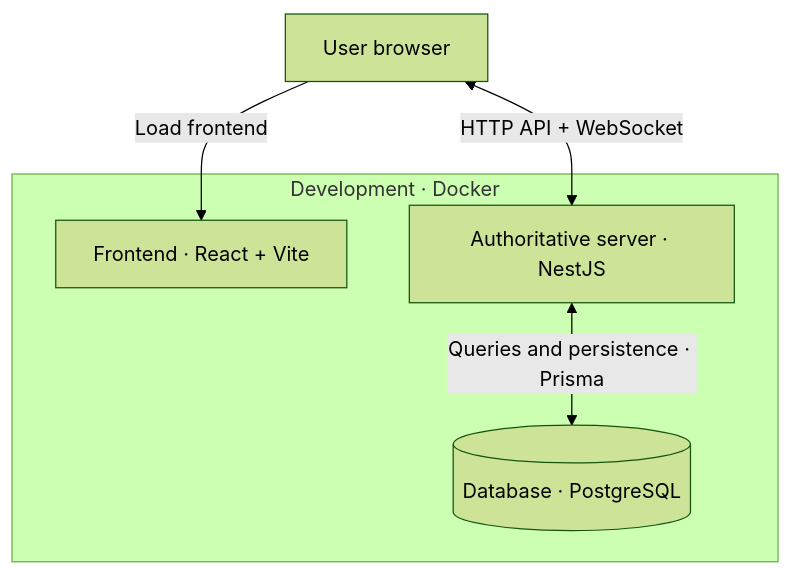
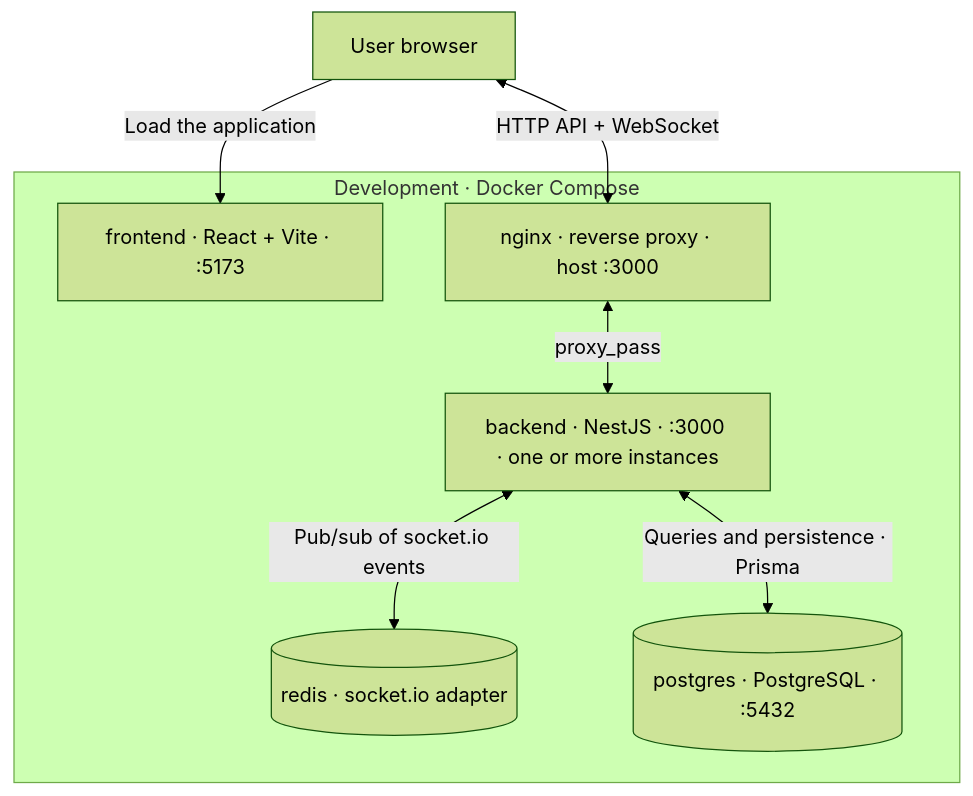
One commit to gorlamies/salici changed the diagram in docs/infrastructure.md. Above: the diagram before and after it, drawn with Mermaid (forest theme). The commit also changed other lines of this file and 7 other files, not shown here.

Commit message:
docs: document setup, infrastructure, API, realtime events, game lifecycle and database

````diff
--- a/docs/infrastructure.md
+++ b/docs/infrastructure.md
@@ -10,14 +10,18 @@
 ```mermaid
 flowchart TD
     Browser["User browser"]
 
-    subgraph Docker["Development · Docker"]
-        Frontend["Frontend · React + Vite"]
-        Backend["Authoritative server · NestJS"]
-        Database[("Database · PostgreSQL")]
+    subgraph Docker["Development · Docker Compose"]
+        Frontend["frontend · React + Vite · :5173"]
+        Nginx["nginx · reverse proxy · host :3000"]
+        Backend["backend · NestJS · :3000 · one or more instances"]
+        Redis[("redis · socket.io adapter")]
+        Database[("postgres · PostgreSQL · :5432")]
     end
 
-    Browser -->|"Load frontend"| Frontend
-    Browser <-->|"HTTP API + WebSocket"| Backend
+    Browser -->|"Load the application"| Frontend
+    Browser <-->|"HTTP API + WebSocket"| Nginx
+    Nginx <-->|"proxy_pass"| Backend
+    Backend <-->|"Pub/sub of socket.io events"| Redis
     Backend <-->|"Queries and persistence · Prisma"| Database
 ```
````
